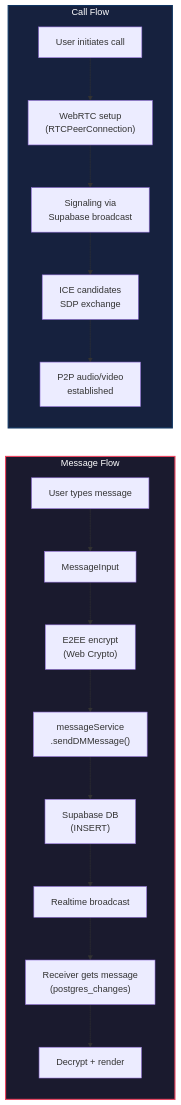
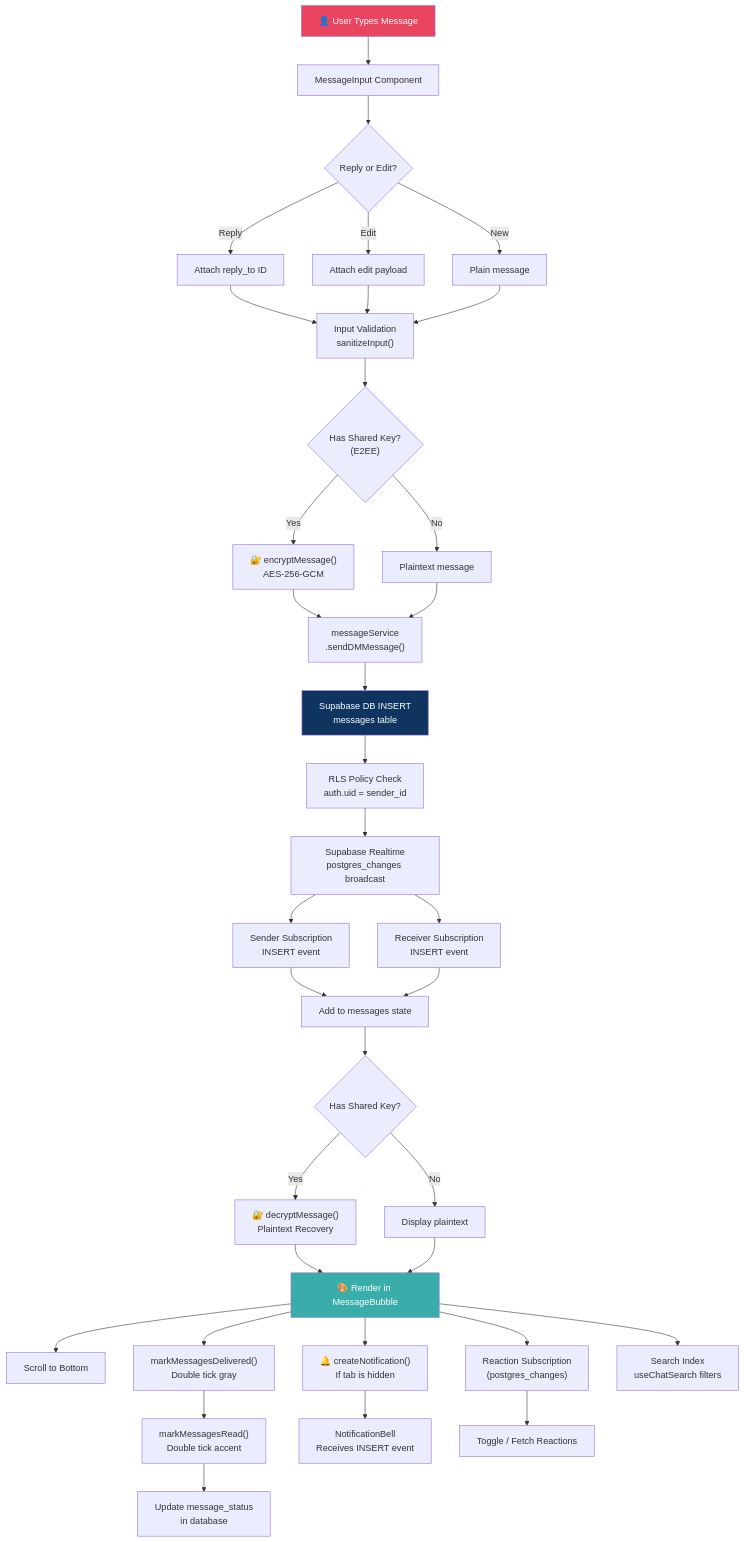
Before and after one commit to VishnuSreeVidya/NodeTalk: the second of 10 diagrams in README.md, drawn with Mermaid. The commit also changed other lines of this file, not shown here.

First line of the commit message:
docs: professional architecture documentation with 10 Mermaid diagrams

````diff
--- a/README.md
+++ b/README.md
@@ -187,22 +267,52 @@
 ```mermaid
-graph LR
-    subgraph Flow["Message Flow"]
-        A["User types message"] --> B["MessageInput"]
-        B --> C["E2EE encrypt<br/>(Web Crypto)"]
-        C --> D["messageService<br/>.sendDMMessage()"]
-        D --> E["Supabase DB<br/>(INSERT)"]
-        E --> F["Realtime broadcast"]
-        F --> G["Receiver gets message<br/>(postgres_changes)"]
-        G --> H["Decrypt + render"]
-    end
+flowchart TD
+    A["👤 User Types Message"] --> B["MessageInput Component"]
+    B --> C{"Reply or Edit?"}
+    C -->|Reply| D["Attach reply_to ID"]
+    C -->|Edit| E["Attach edit payload"]
+    C -->|New| F["Plain message"]
+    D --> G["Input Validation<br/>sanitizeInput()"]
+    E --> G
+    F --> G
 
-    subgraph CallFlow["Call Flow"]
-        I["User initiates call"] --> J["WebRTC setup<br/>(RTCPeerConnection)"]
-        J --> K["Signaling via<br/>Supabase broadcast"]
-        K --> L["ICE candidates<br/>SDP exchange"]
-        L --> M["P2P audio/video<br/>established"]
-    end
+    G --> H{"Has Shared Key?<br/>(E2EE)"}
+    H -->|Yes| I["🔐 encryptMessage()<br/>AES-256-GCM"]
+    H -->|No| J["Plaintext message"]
 
-    style Flow fill:#1a1a2e,stroke:#e94560,stroke-width:2px,color:#fff
-    style CallFlow fill:#16213e,stroke:#0f3460,stroke-width:2px,color:#fff
+    I --> K["messageService<br/>.sendDMMessage()"]
+    J --> K
+
+    K --> L["Supabase DB INSERT<br/>messages table"]
+    L --> M["RLS Policy Check<br/>auth.uid = sender_id"]
+
+    M --> N["Supabase Realtime<br/>postgres_changes broadcast"]
+    N --> O["Sender Subscription<br/>INSERT event"]
+    N --> P["Receiver Subscription<br/>INSERT event"]
+
+    O --> Q["Add to messages state"]
+    P --> Q
+
+    Q --> R{"Has Shared Key?"}
+    R -->|Yes| S["🔐 decryptMessage()<br/>Plaintext Recovery"]
+    R -->|No| T["Display plaintext"]
+
+    S --> U["🎨 Render in MessageBubble"]
+    T --> U
+
+    U --> V["Scroll to Bottom"]
+    U --> W["markMessagesDelivered()<br/>Double tick gray"]
+    W --> X["markMessagesRead()<br/>Double tick accent"]
+    X --> Y["Update message_status<br/>in database"]
+
+    U --> Z["🔔 createNotification()<br/>If tab is hidden"]
+    Z --> AA["NotificationBell<br/>Receives INSERT event"]
+
+    U --> AB["Reaction Subscription<br/>(postgres_changes)"]
+    AB --> AC["Toggle / Fetch Reactions"]
+
+    U --> AD["Search Index<br/>useChatSearch filters"]
+
+    style A fill:#e94560,color:#fff
+    style L fill:#0f3460,color:#fff
+    style U fill:#38ada9,color:#fff
 ```
````
